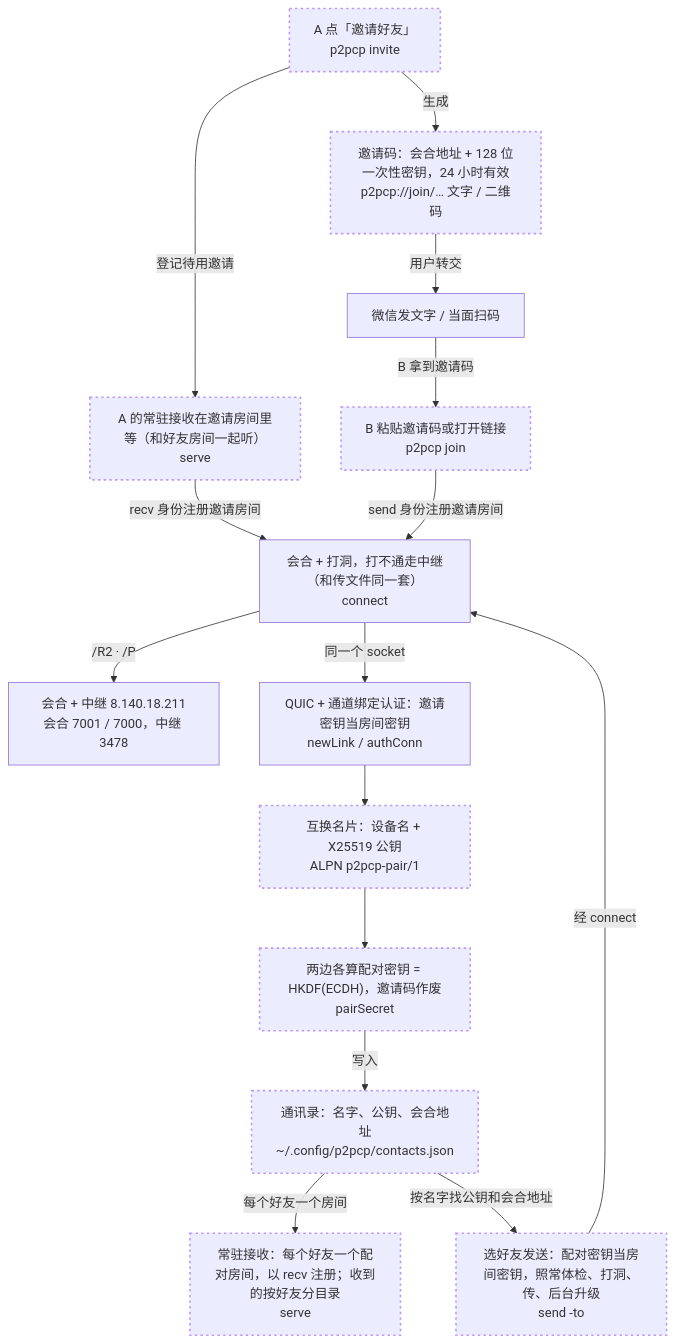
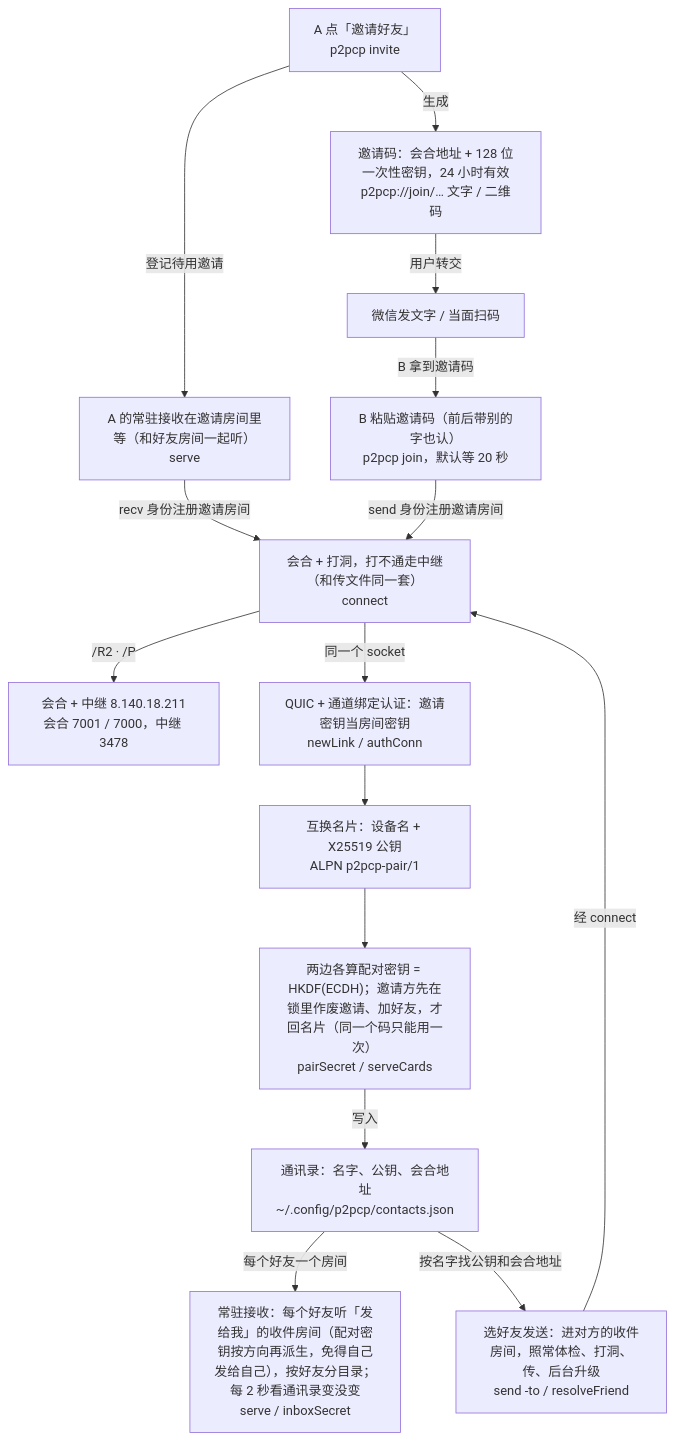
Before and after one commit to numb747/uu-remote-study: the diagram in docs/arch/27-flow-pairing.mmd, drawn with Mermaid. The commit also changed 2 other files, not shown here.

Commit message:
架构设计：给朋友用的第 1 步落图，DESIGN 记下决策 15~18
- 27-flow-pairing 全部转成正式节点；34-contacts 的 cli / serve / pair / identity / store 转正
- DESIGN：第 1 步勾掉；收件房间按方向分、邀请码只能用一次的顺序、join 20 秒、serve 的实现

```diff
--- a/docs/arch/27-flow-pairing.mmd
+++ b/docs/arch/27-flow-pairing.mmd
@@ -1,36 +1,43 @@
 flowchart TD
-  inv_ui["A 点「邀请好友」<br/>p2pcp invite"]:::planned
-  inv_code["邀请码：会合地址 + 128 位一次性密钥，24 小时有效<br/>p2pcp://join/… 文字 / 二维码"]:::planned
+  inv_ui["A 点「邀请好友」<br/>p2pcp invite"]
+  inv_code["邀请码：会合地址 + 128 位一次性密钥，24 小时有效<br/>p2pcp://join/… 文字 / 二维码"]
   share["微信发文字 / 当面扫码"]
-  inv_wait["A 的常驻接收在邀请房间里等（和好友房间一起听）<br/>serve"]:::planned
-  join["B 粘贴邀请码或打开链接<br/>p2pcp join"]:::planned
+  inv_wait["A 的常驻接收在邀请房间里等（和好友房间一起听）<br/>serve"]
+  join["B 粘贴邀请码（前后带别的字也认）<br/>p2pcp join，默认等 20 秒"]
   rdv["会合 + 中继 8.140.18.211<br/>会合 7001 / 7000，中继 3478"]
   punch["会合 + 打洞，打不通走中继（和传文件同一套）<br/>connect"]
   quic["QUIC + 通道绑定认证：邀请密钥当房间密钥<br/>newLink / authConn"]
-  xchg["互换名片：设备名 + X25519 公钥<br/>ALPN p2pcp-pair/1"]:::planned
-  derive["两边各算配对密钥 = HKDF(ECDH)，邀请码作废<br/>pairSecret"]:::planned
-  store["通讯录：名字、公钥、会合地址<br/>~/.config/p2pcp/contacts.json"]:::planned
-  serve["常驻接收：每个好友一个配对房间，以 recv 注册；收到的按好友分目录<br/>serve"]:::planned
-  send_to["选好友发送：配对密钥当房间密钥，照常体检、打洞、传、后台升级<br/>send -to"]:::planned
+  xchg["互换名片：设备名 + X25519 公钥<br/>ALPN p2pcp-pair/1"]
+  derive["两边各算配对密钥 = HKDF(ECDH)；邀请方先在锁里作废邀请、加好友，才回名片（同一个码只能用一次）<br/>pairSecret / serveCards"]
+  store["通讯录：名字、公钥、会合地址<br/>~/.config/p2pcp/contacts.json"]
+  serve["常驻接收：每个好友听「发给我」的收件房间（配对密钥按方向再派生，免得自己发给自己），按好友分目录；每 2 秒看通讯录变没变<br/>serve / inboxSecret"]
+  send_to["选好友发送：进对方的收件房间，照常体检、打洞、传、后台升级<br/>send -to / resolveFriend"]
 
   inv_ui -->|"生成"| inv_code
   inv_code -->|"用户转交"| share
   share -->|"B 拿到邀请码"| join
   inv_ui -->|"登记待用邀请"| inv_wait
   inv_wait -->|"recv 身份注册邀请房间"| punch
   join -->|"send 身份注册邀请房间"| punch
   punch -->|"/R2 · /P"| rdv
   punch -->|"同一个 socket"| quic
   quic --> xchg
   xchg --> derive
   derive -->|"写入"| store
   store -->|"每个好友一个房间"| serve
   store -->|"按名字找公钥和会合地址"| send_to
   send_to -->|"经 connect"| punch
 
 %% @src rdv lab/punch/main.go func runServer
+%% @src inv_ui lab/p2pcp/pair.go func cmdInvite(
+%% @src inv_code lab/p2pcp/contacts.go func encodeInvite(
+%% @src inv_wait lab/p2pcp/pair.go func serveInvite(
+%% @src join lab/p2pcp/pair.go func cmdJoin(
+%% @src xchg lab/p2pcp/pair.go func serveCards(
+%% @src derive lab/p2pcp/contacts.go func pairSecret(
+%% @src serve lab/p2pcp/pair.go func serve(o opts)
+%% @src send_to lab/p2pcp/pair.go func resolveFriend(
 %% @src punch lab/p2pcp/rdv.go func connect(
 %% @src quic lab/p2pcp/link.go func newLink(
 %% @link punch 24-flow-p2pcp.mmd
 %% @link send_to 26-flow-preflight.mmd
-classDef planned stroke:#bb9af7,stroke-width:2px,stroke-dasharray:3 4
```
